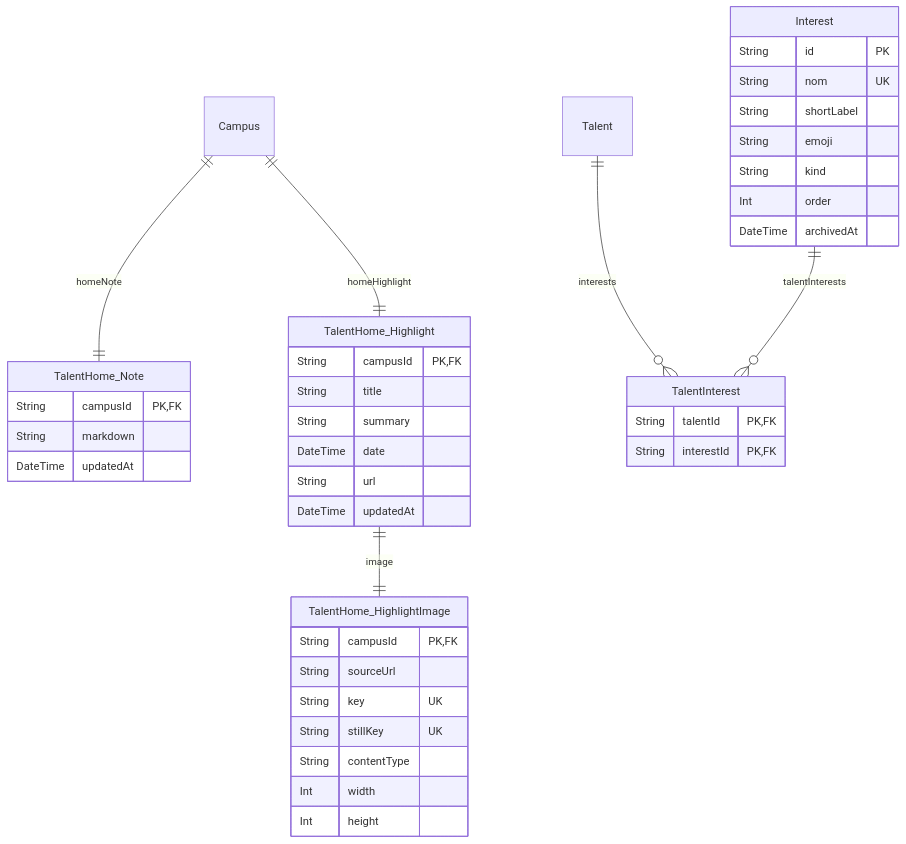
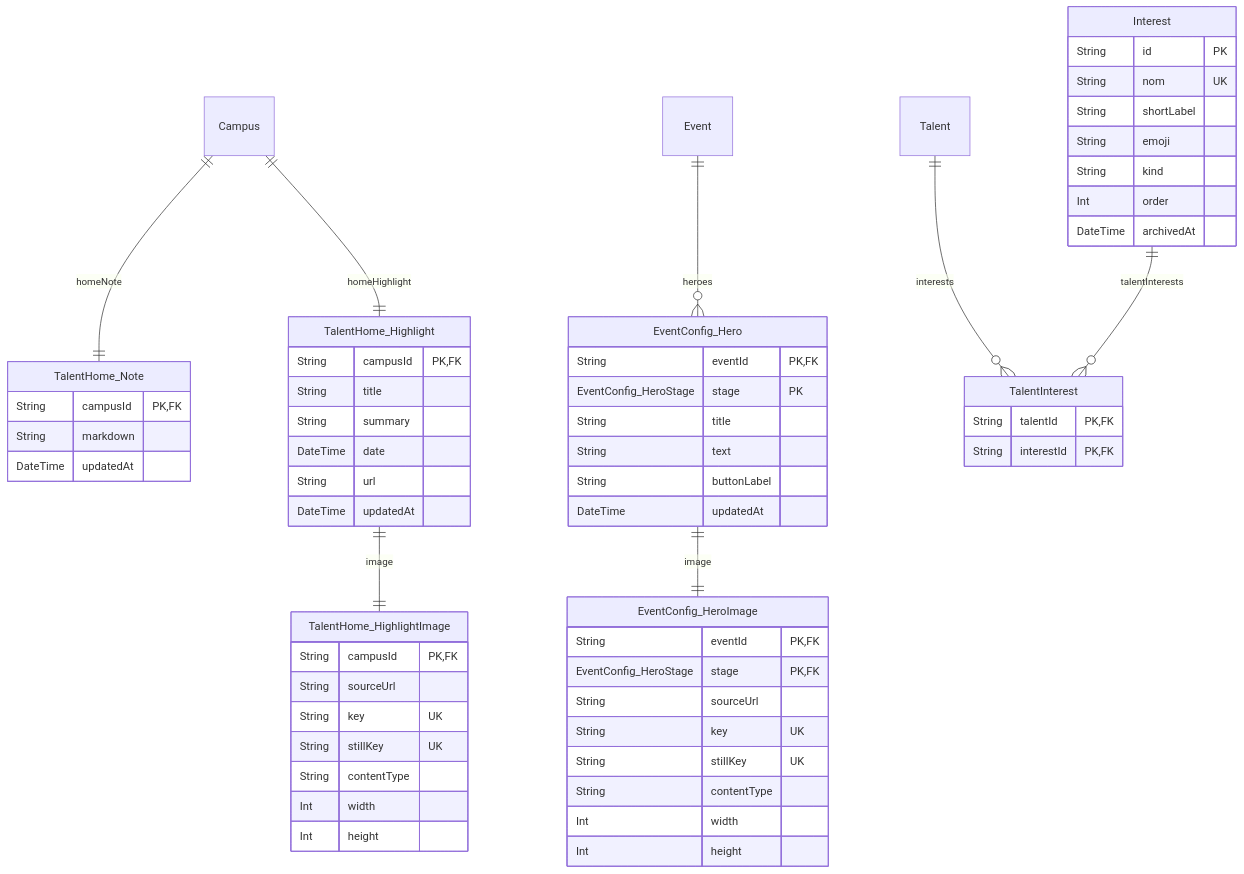
One commit to Manta-Epitech-Academy/jump changed the tenth of 13 diagrams in frontend/docs/database.md. Above: the diagram before and after it, drawn with Mermaid. The commit also changed other lines of this file and 20 other files, not shown here.

````diff
--- a/frontend/docs/database.md
+++ b/frontend/docs/database.md
@@ -956,47 +957,69 @@
 ```mermaid
 erDiagram
   TalentHome_Note {
     String campusId PK,FK
     String markdown
     DateTime updatedAt
   }
   TalentHome_Highlight {
     String campusId PK,FK
     String title
     String summary
     DateTime date
     String url
     DateTime updatedAt
   }
   TalentHome_HighlightImage {
     String campusId PK,FK
     String sourceUrl
     String key UK
     String stillKey UK
     String contentType
     Int width
     Int height
   }
+  EventConfig_Hero {
+    String eventId PK,FK
+    EventConfig_HeroStage stage PK
+    String title
+    String text
+    String buttonLabel
+    DateTime updatedAt
+  }
+  EventConfig_HeroImage {
+    String eventId PK,FK
+    EventConfig_HeroStage stage PK,FK
+    String sourceUrl
+    String key UK
+    String stillKey UK
+    String contentType
+    Int width
+    Int height
+  }
   Interest {
     String id PK
     String nom UK
     String shortLabel
     String emoji
     String kind
     Int order
     DateTime archivedAt
   }
   TalentInterest {
     String talentId PK,FK
     String interestId PK,FK
   }
   Talent {
   }
   Campus {
   }
+  Event {
+  }
   Talent ||--o{ TalentInterest : "interests"
   Campus ||--|| TalentHome_Note : "homeNote"
   Campus ||--|| TalentHome_Highlight : "homeHighlight"
   TalentHome_Highlight ||--|| TalentHome_HighlightImage : "image"
+  Event ||--o{ EventConfig_Hero : "heroes"
   Interest ||--o{ TalentInterest : "talentInterests"
+  EventConfig_Hero ||--|| EventConfig_HeroImage : "image"
 ```
````
